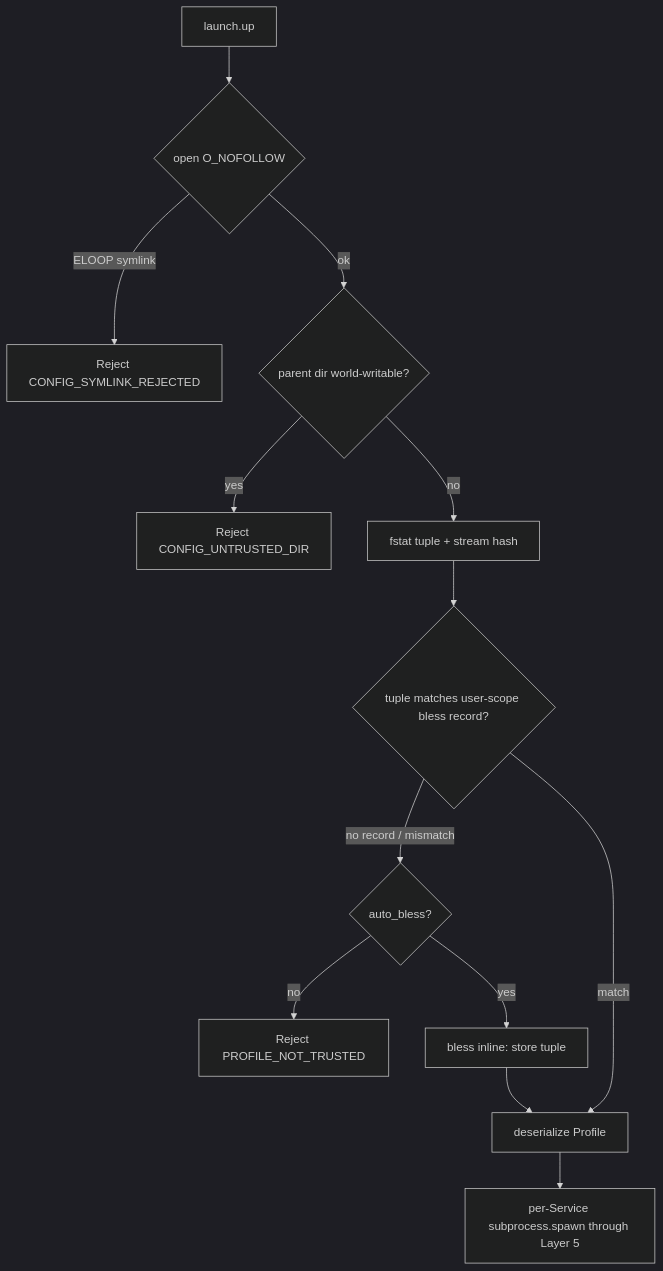
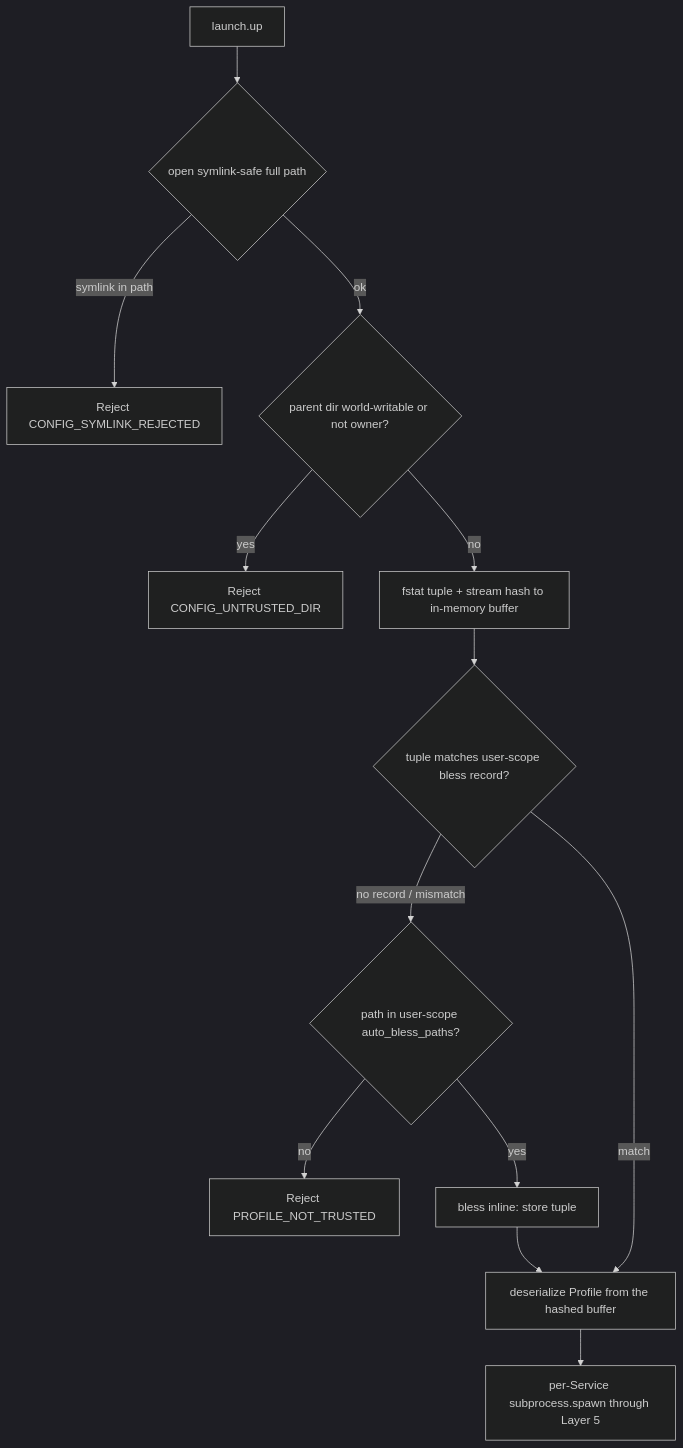
One commit to farchanjo/substrate changed the diagram in docs/arch/adr/0064-launch-profile-trust-model.md. Above: the diagram before and after it, drawn with Mermaid (dark theme). The commit also changed other lines of this file and 2 other files, not shown here.

````diff
--- a/docs/arch/adr/0064-launch-profile-trust-model.md
+++ b/docs/arch/adr/0064-launch-profile-trust-model.md
@@ -175,15 +196,15 @@
 ```mermaid
 flowchart TD
-    UP[launch.up] --> OPEN{open O_NOFOLLOW}
-    OPEN -->|ELOOP symlink| Rej1[Reject CONFIG_SYMLINK_REJECTED]
-    OPEN -->|ok| DIR{parent dir world-writable?}
+    UP[launch.up] --> OPEN{open symlink-safe full path}
+    OPEN -->|symlink in path| Rej1[Reject CONFIG_SYMLINK_REJECTED]
+    OPEN -->|ok| DIR{parent dir world-writable or not owner?}
     DIR -->|yes| Rej2[Reject CONFIG_UNTRUSTED_DIR]
-    DIR -->|no| HASH[fstat tuple + stream hash]
+    DIR -->|no| HASH[fstat tuple + stream hash to in-memory buffer]
     HASH --> LOOK{tuple matches user-scope bless record?}
-    LOOK -->|no record / mismatch| NT{auto_bless?}
+    LOOK -->|no record / mismatch| NT{path in user-scope auto_bless_paths?}
     NT -->|no| Rej3[Reject PROFILE_NOT_TRUSTED]
     NT -->|yes| BLESS[bless inline: store tuple]
-    LOOK -->|match| PARSE[deserialize Profile]
+    LOOK -->|match| PARSE[deserialize Profile from the hashed buffer]
     BLESS --> PARSE
     PARSE --> SPAWN[per-Service subprocess.spawn through Layer 5]
 ```
````
